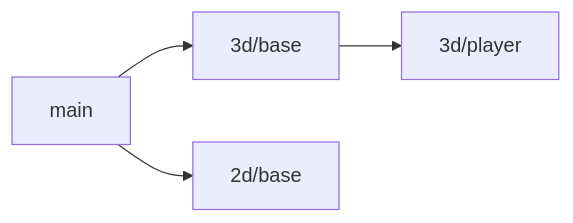
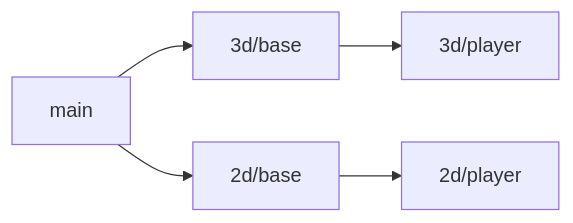
Before and after one commit to Heryk13/bevy-starter: the diagram in README.md, drawn with Mermaid. The commit also changed other lines of this file and 1 other file, not shown here.

Commit message:
build: add the 2d/player branch to the tree

````diff
--- a/README.md
+++ b/README.md
@@ -50,5 +50,5 @@
 ```mermaid
 flowchart LR
     main["main"] --> base["3d/base"] --> player["3d/player"]
-    main --> twodbase["2d/base"]
+    main --> twodbase["2d/base"] --> twodplayer["2d/player"]
 ```
````
